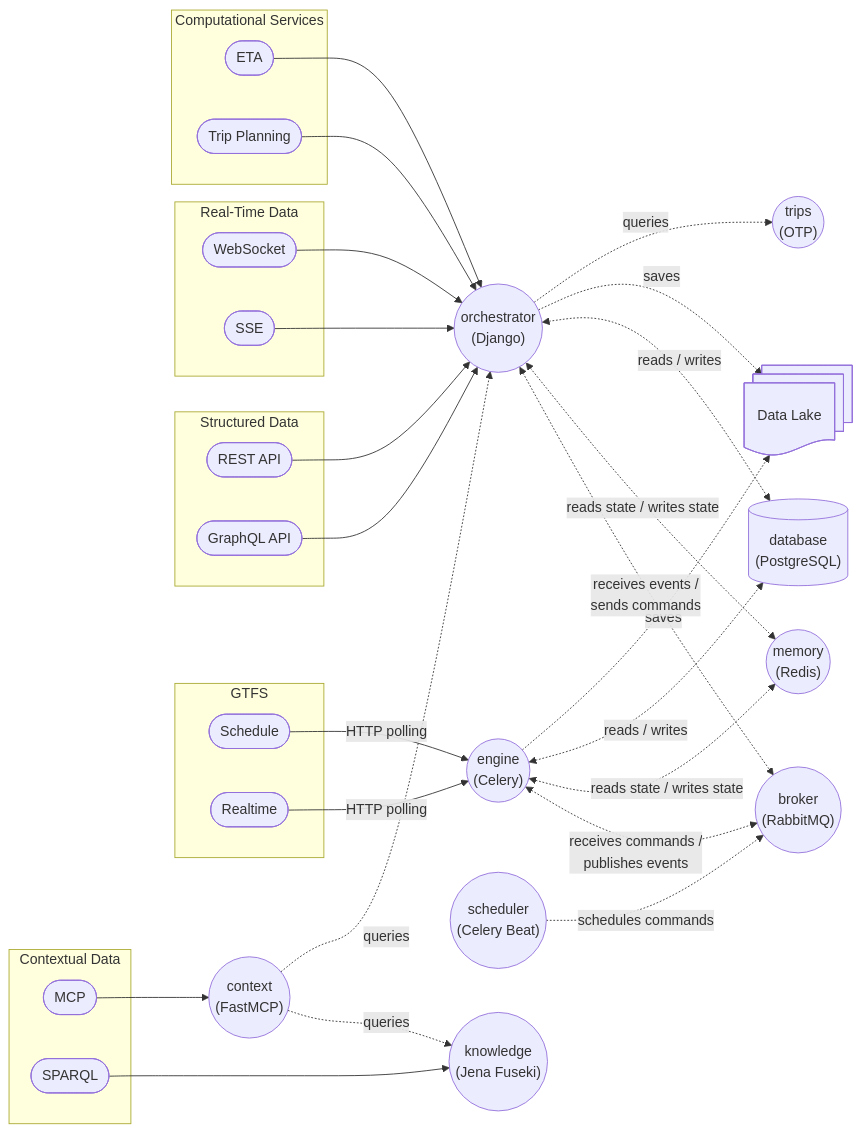
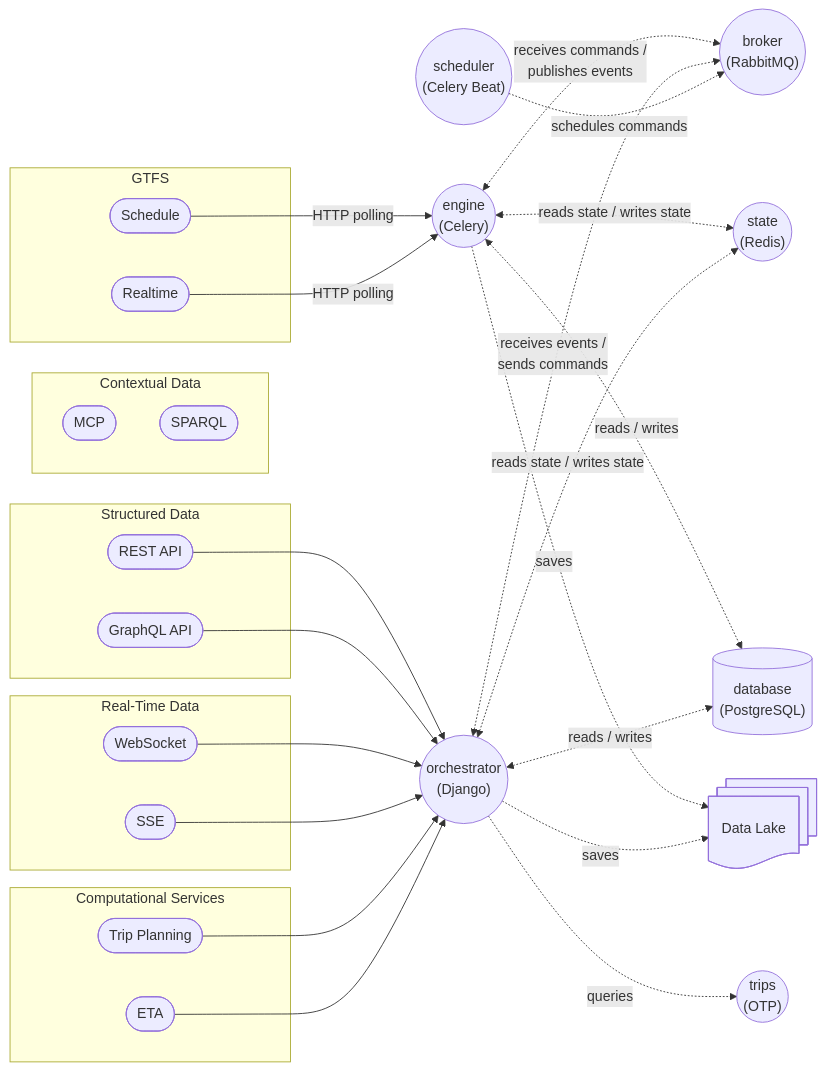
Before and after one commit to simovilab/infobus: the diagram in ARCHITECTURE.md, drawn with Mermaid. The commit also changed 19 other files, not shown here.

````diff
--- a/ARCHITECTURE.md
+++ b/ARCHITECTURE.md
@@ -5,58 +5,52 @@
 ```mermaid
 flowchart LR
     subgraph GTFS
         schedule([Schedule])
         realtime([Realtime])
     end
     subgraph Structured Data
         api([REST API])
         graphql([GraphQL API])
     end
     subgraph Real-Time Data
         ws([WebSocket])
         sse([SSE])
     end
     subgraph Contextual Data
         mcp([MCP])
         sparql([SPARQL])
     end
     subgraph Computational Services
         eta([ETA])
         tp([Trip Planning])
     end
     
     orchestrator(("orchestrator<br/>(Django)"))
     engine(("engine<br/>(Celery)"))
     broker(("broker<br/>(RabbitMQ)"))
     scheduler(("scheduler<br/>(Celery Beat)"))
-    memory(("memory<br/>(Redis)"))
+    state(("state<br/>(Redis)"))
     database@{ shape: db, label: "database<br/>(PostgreSQL)" }
-    context(("context<br/>(FastMCP)"))
-    knowledge(("knowledge<br/>(Jena Fuseki)"))
     trips(("trips<br/>(OTP)"))
 
     lake@{ shape: docs, label: "Data Lake" }
 
     schedule --"HTTP polling"--> engine
     realtime --"HTTP polling"--> engine
     engine <-."receives commands /<br/> publishes events".-> broker
-    engine <-."reads state / writes state".-> memory
+    engine <-."reads state / writes state".-> state
     engine <-."reads / writes".-> database
     engine -."saves".-> lake
     orchestrator <-."receives events /<br/> sends commands".-> broker
-    orchestrator <-."reads state / writes state".-> memory
+    orchestrator <-."reads state / writes state".-> state
     orchestrator <-."reads / writes".-> database
     orchestrator -."saves".-> lake
     scheduler -."schedules commands".-> broker
     orchestrator -."queries".-> trips
-    context -."queries".-> knowledge
-    context -."queries".-> orchestrator
-    mcp --> context
-    sparql --> knowledge
     api --> orchestrator
     graphql --> orchestrator
     ws --> orchestrator
     sse --> orchestrator
     tp --> orchestrator
     eta --> orchestrator
 ```
````
